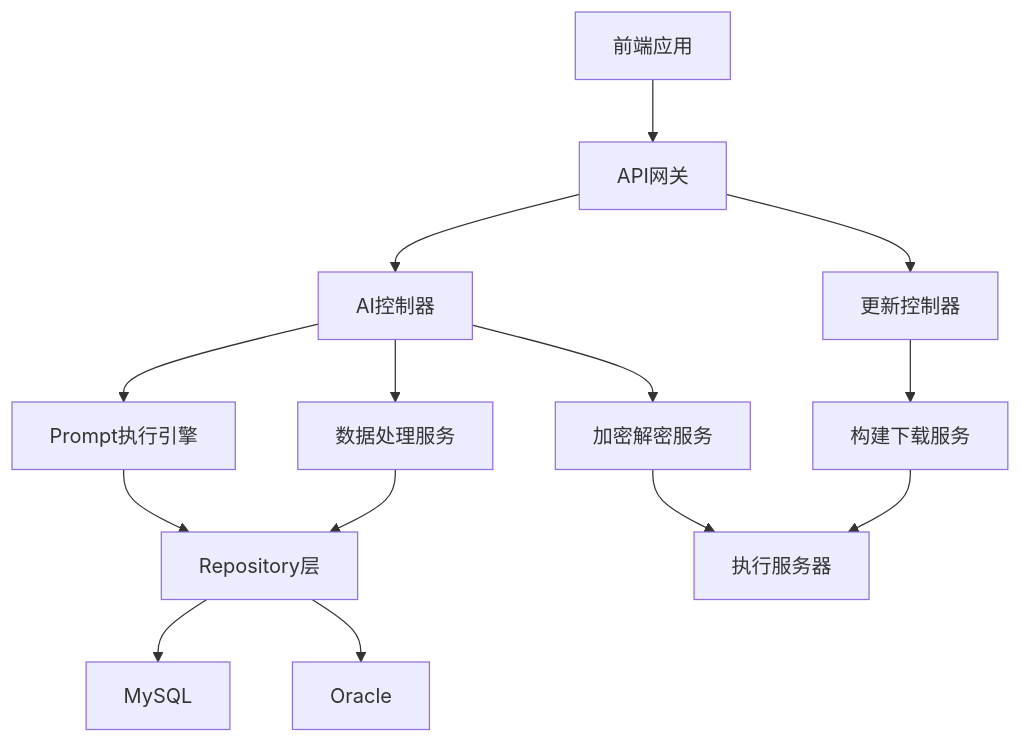
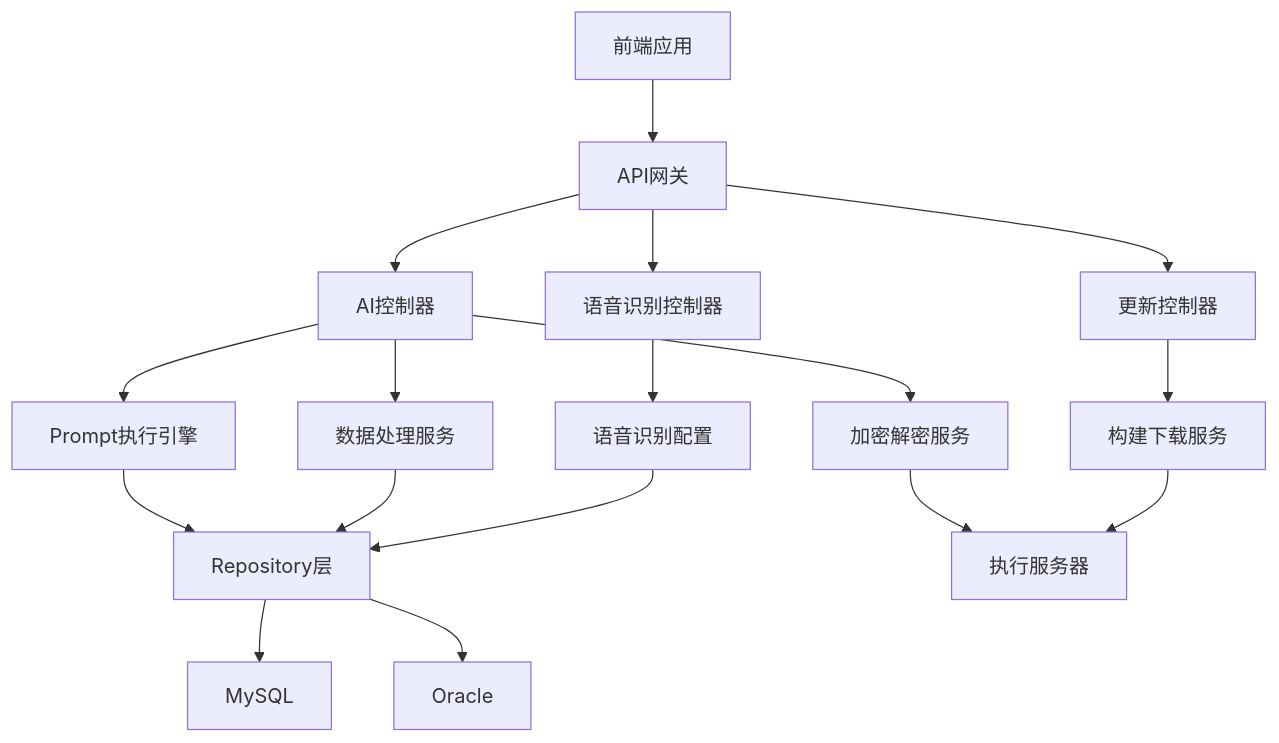
One commit to liuzh2008/med_ai_assistant_workspace changed the first of 10 diagrams in .qoder/repowiki/zh/content/核心功能模块/核心功能模块.md. Above: the diagram before and after it, drawn with Mermaid. The commit also changed other lines of this file and 4 other files, not shown here.

````diff
--- a/.qoder/repowiki/zh/content/核心功能模块/核心功能模块.md
+++ b/.qoder/repowiki/zh/content/核心功能模块/核心功能模块.md
@@ -45,16 +50,19 @@
 ```mermaid
 graph TB
 FE["前端应用"] --> GW["API网关"]
 GW --> CTRL_AI["AI控制器"]
+GW --> CTRL_VOICE["语音识别控制器"]
 GW --> CTRL_UPDATE["更新控制器"]
 CTRL_AI --> SVC_PROMPT["Prompt执行引擎"]
 CTRL_AI --> SVC_DATA["数据处理服务"]
 CTRL_AI --> SVC_ENCRYPT["加密解密服务"]
+CTRL_VOICE --> SVC_VOICE_CONFIG["语音识别配置"]
 CTRL_UPDATE --> SVC_DOWNLOAD["构建下载服务"]
 SVC_PROMPT --> REPO["Repository层"]
 SVC_DATA --> REPO
 SVC_ENCRYPT --> EXEC["执行服务器"]
+SVC_VOICE_CONFIG --> REPO
 SVC_DOWNLOAD --> EXEC
 REPO --> DB_MY["MySQL"]
 REPO --> DB_ORA["Oracle"]
 ```
````
